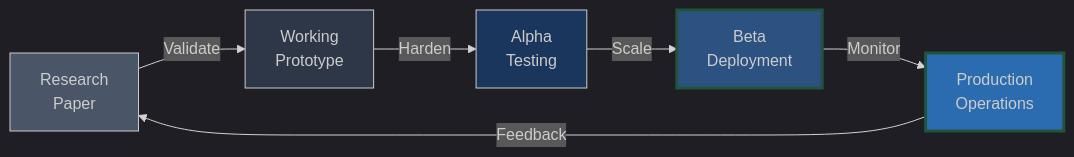
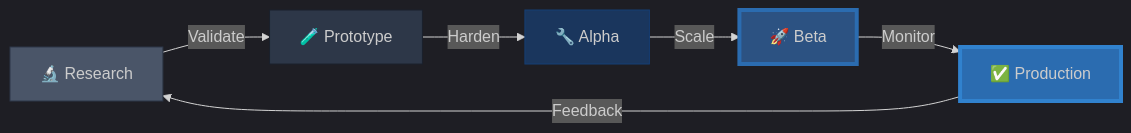
One commit to perryjr1444-ux/perryjr1444-ux changed the third of 3 diagrams in README.md. Above: the diagram before and after it, drawn with Mermaid. The commit also changed other lines of this file, not shown here.

````diff
--- a/README.md
+++ b/README.md
@@ -428,18 +576,18 @@
 ```mermaid
 %%{init: {'theme':'dark'}}%%
 graph LR
-    A[Research<br/>Paper] -->|Validate| B[Working<br/>Prototype]
-    B -->|Harden| C[Alpha<br/>Testing]
-    C -->|Scale| D[Beta<br/>Deployment]
-    D -->|Monitor| E[Production<br/>Operations]
+    A[🔬 Research] -->|Validate| B[🧪 Prototype]
+    B -->|Harden| C[🔧 Alpha]
+    C -->|Scale| D[🚀 Beta]
+    D -->|Monitor| E[✅ Production]
     E -->|Feedback| A
 
-    style A fill:#4a5568
-    style B fill:#2d3748
-    style C fill:#1a365d
-    style D fill:#2c5282
-    style E fill:#2b6cb0
+    style A fill:#4a5568,stroke:#2d3748
+    style B fill:#2d3748,stroke:#1a202c
+    style C fill:#1a365d,stroke:#153e75
+    style D fill:#2c5282,stroke:#2b6cb0
+    style E fill:#2b6cb0,stroke:#3182ce
 
-    classDef current fill:#48bb78,stroke:#22543d,stroke-width:3px
-    class D,E current
+    classDef active fill:#48bb78,stroke:#38a169,stroke-width:4px
+    class D,E active
 ```
````
